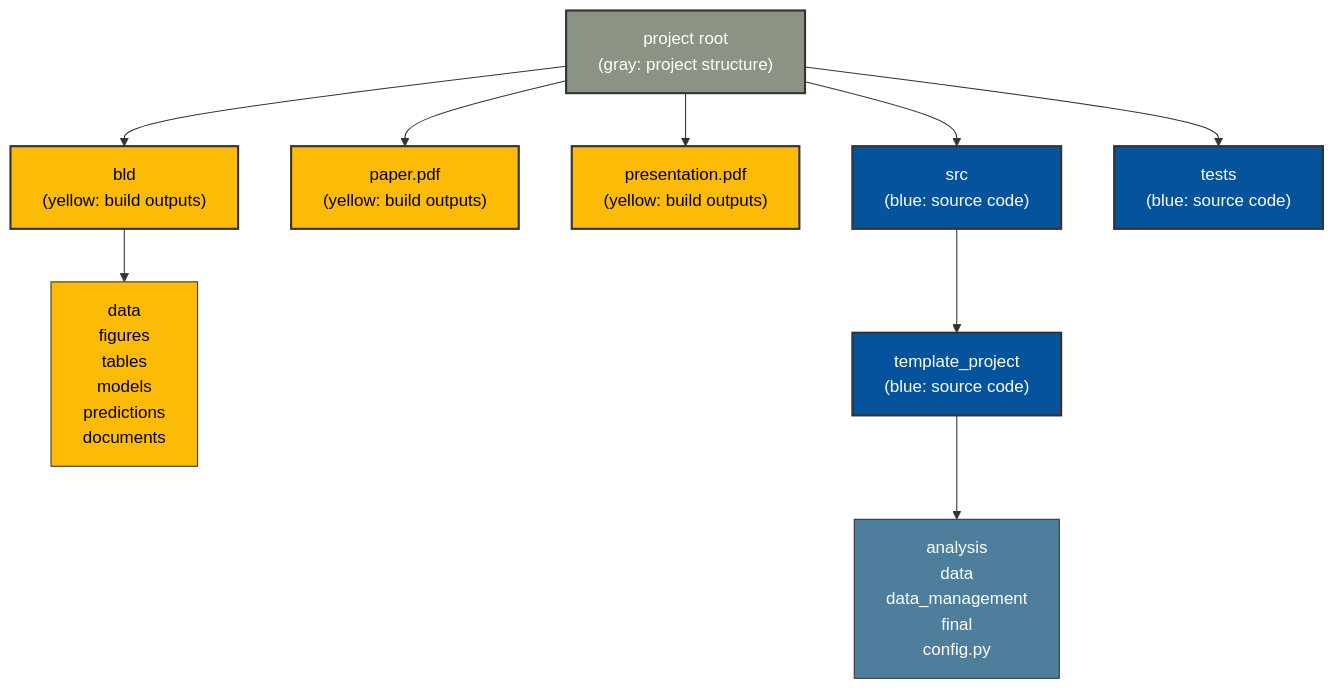
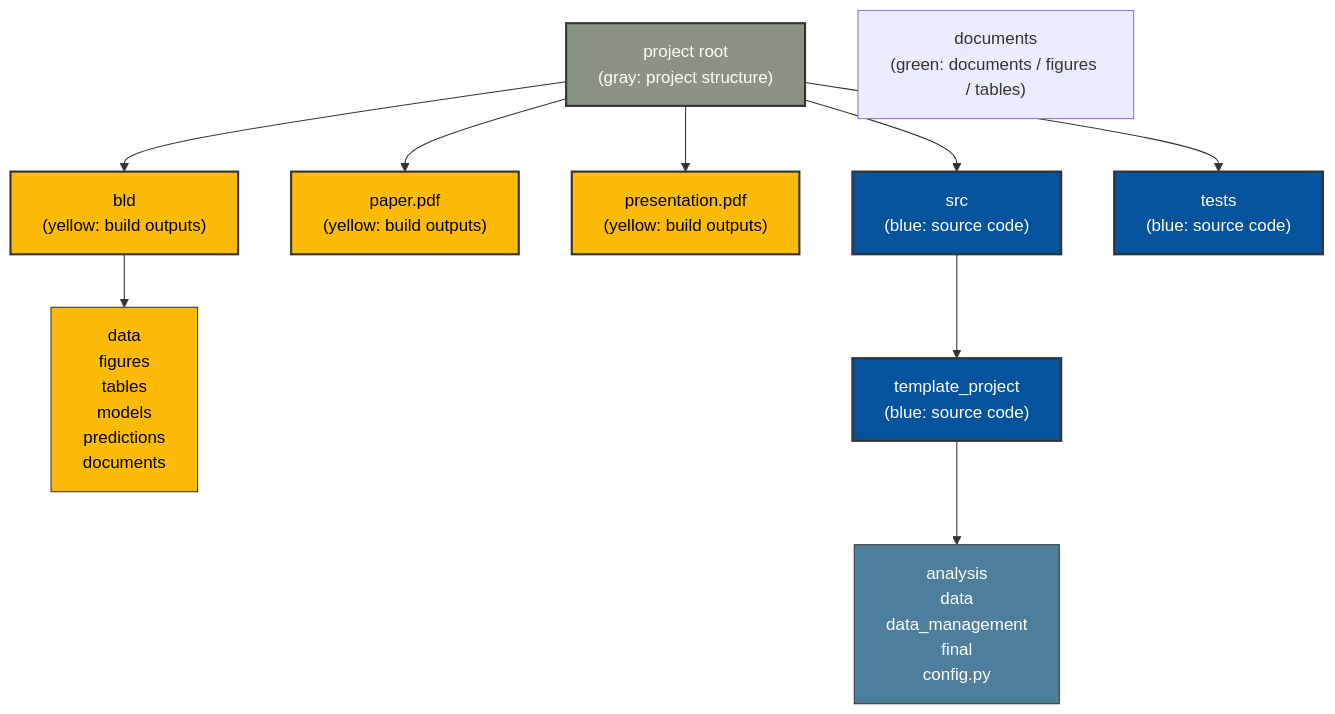
One commit to OpenSourceEconomics/econ-project-templates changed the diagram in docs_template/source/figures/root_bld_src.mmd. Above: the diagram before and after it, drawn with Mermaid.

Commit message:
Make plotly-generated figures nicely, replace TikZ by mermaid.

```diff
--- a/docs_template/source/figures/root_bld_src.mmd
+++ b/docs_template/source/figures/root_bld_src.mmd
@@ -1,33 +1,34 @@
 flowchart TD
     Root["project root<br/>(gray: project structure)"]
 
     Bld["bld<br/>(yellow: build outputs)"]
+    Documents["documents<br/>(green: documents / figures / tables)"]
     Paper["paper.pdf<br/>(yellow: build outputs)"]
     Presentation["presentation.pdf<br/>(yellow: build outputs)"]
     Src["src<br/>(blue: source code)"]
     Tests["tests<br/>(blue: source code)"]
 
     BldSub["data<br/>figures<br/>tables<br/>models<br/>predictions<br/>documents"]
     SrcSub["template_project<br/>(blue: source code)"]
 
     SrcSubDir["analysis<br/>data<br/>data_management<br/>final<br/>config.py"]
 
     Root --> Bld
     Root --> Paper
     Root --> Presentation
     Root --> Src
     Root --> Tests
 
     Bld --> BldSub
     Src --> SrcSub
     SrcSub --> SrcSubDir
 
     style Root fill:#8A9384,stroke:#333,stroke-width:2px,color:#fff
     style Bld fill:#FBBB06,stroke:#333,stroke-width:2px,color:#000
     style Paper fill:#FBBB06,stroke:#333,stroke-width:2px,color:#000
     style Presentation fill:#FBBB06,stroke:#333,stroke-width:2px,color:#000
     style Src fill:#04539C,stroke:#333,stroke-width:2px,color:#fff
     style Tests fill:#04539C,stroke:#333,stroke-width:2px,color:#fff
     style BldSub fill:#FBBB06,stroke:#333,stroke-width:1px,color:#000
     style SrcSub fill:#04539C,stroke:#333,stroke-width:2px,color:#fff
     style SrcSubDir fill:#4d7f9c,stroke:#333,stroke-width:1px,color:#fff
```
